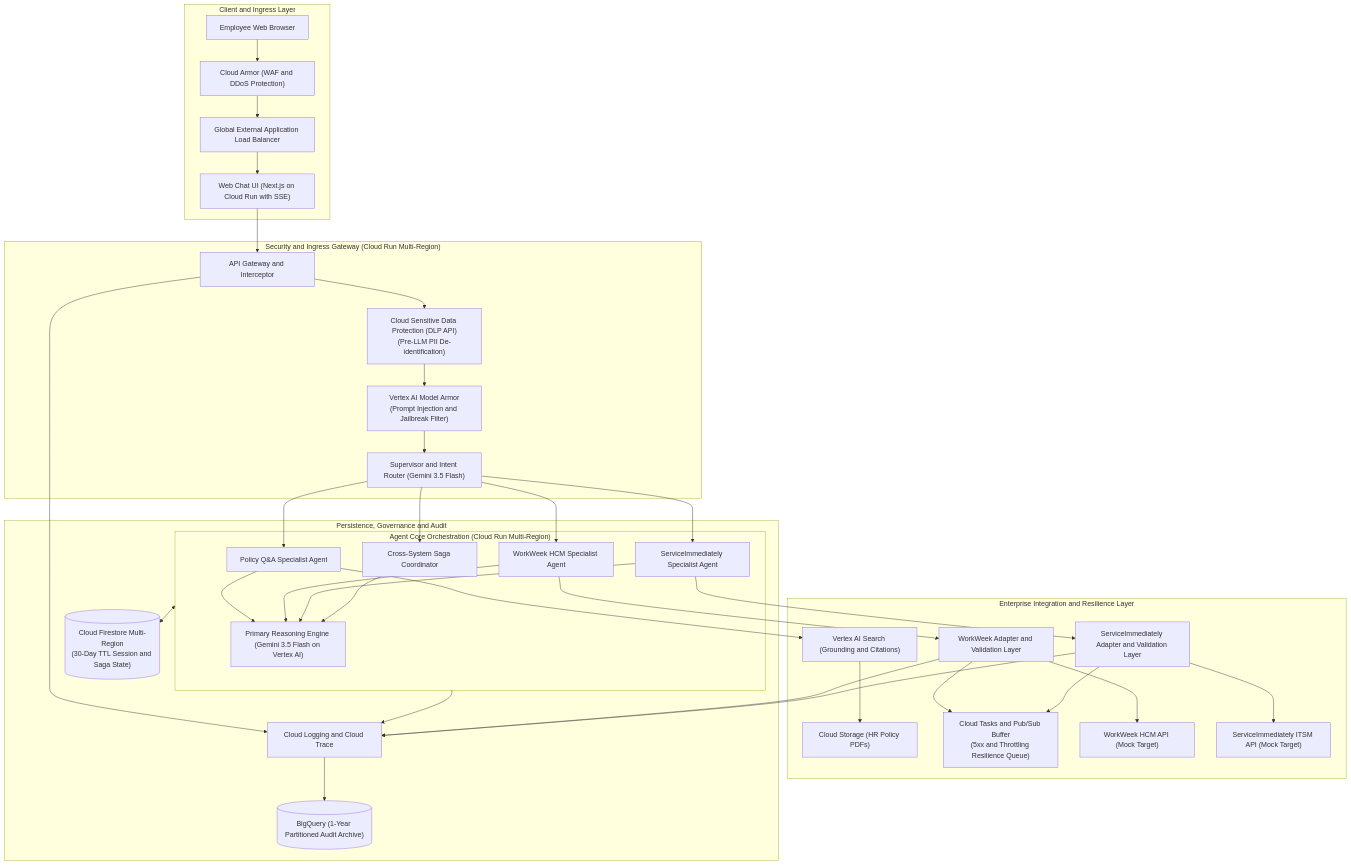
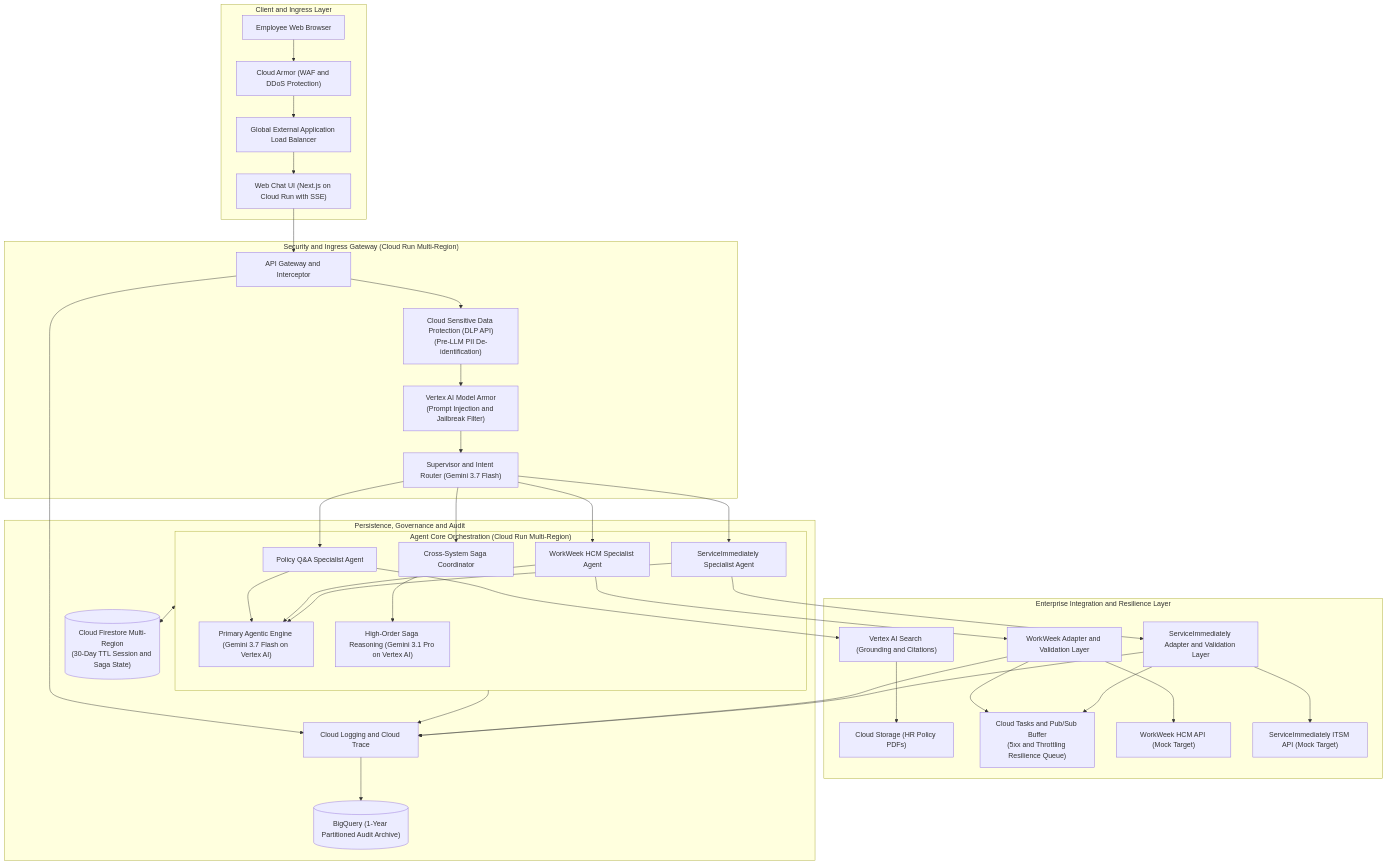
One commit to randyh0329/PRJ-ELEVATE-C1-G5 changed the second of 12 diagrams in Enterprise Agentic Solution Design Document - MVP 1.md. Above: the diagram before and after it, drawn with Mermaid. The commit also changed other lines of this file, not shown here.

Commit message:
update latest model

````diff
--- a/Enterprise Agentic Solution Design Document - MVP 1.md
+++ b/Enterprise Agentic Solution Design Document - MVP 1.md
@@ -86,47 +87,47 @@
 ```mermaid
 flowchart TB
     subgraph ClientAndIngress["Client and Ingress Layer"]
         UserBrowser["Employee Web Browser"] --> CloudArmor["Cloud Armor (WAF and DDoS Protection)"]
         CloudArmor --> GlobalLB["Global External Application Load Balancer"]
         GlobalLB --> ChatUI["Web Chat UI (Next.js on Cloud Run with SSE)"]
     end
 
     subgraph SecurityGateway["Security and Ingress Gateway (Cloud Run Multi-Region)"]
         ChatUI --> APIGateway["API Gateway and Interceptor"]
         APIGateway --> DLP["Cloud Sensitive Data Protection (DLP API)<br>(Pre-LLM PII De-identification)"]
         DLP --> ModelArmor["Vertex AI Model Armor<br>(Prompt Injection and Jailbreak Filter)"]
-        ModelArmor --> Router["Supervisor and Intent Router (Gemini 3.5 Flash)"]
+        ModelArmor --> Router["Supervisor and Intent Router (Gemini 3.7 Flash)"]
     end
 
     subgraph AgentCore["Agent Core Orchestration (Cloud Run Multi-Region)"]
         Router --> PolicyAgent["Policy Q&A Specialist Agent"]
         Router --> HCMAgent["WorkWeek HCM Specialist Agent"]
         Router --> ITSMAgent["ServiceImmediately Specialist Agent"]
         Router --> SagaCoordinator["Cross-System Saga Coordinator"]
         
-        PolicyAgent --> LLMReasoning["Primary Reasoning Engine (Gemini 3.5 Flash on Vertex AI)"]
+        PolicyAgent --> LLMReasoning["Primary Agentic Engine (Gemini 3.7 Flash on Vertex AI)"]
         HCMAgent --> LLMReasoning
         ITSMAgent --> LLMReasoning
-        SagaCoordinator --> LLMReasoning
+        SagaCoordinator --> SagaReasoning["High-Order Saga Reasoning (Gemini 3.1 Pro on Vertex AI)"]
     end
 
     subgraph IntegrationAndResilience["Enterprise Integration and Resilience Layer"]
         PolicyAgent --> VAISearch["Vertex AI Search (Grounding and Citations)"]
         VAISearch --> GCS["Cloud Storage (HR Policy PDFs)"]
         
         HCMAgent --> WWAdapter["WorkWeek Adapter and Validation Layer"]
         ITSMAgent --> SIAdapter["ServiceImmediately Adapter and Validation Layer"]
         
         WWAdapter --> CloudTasks["Cloud Tasks and Pub/Sub Buffer<br>(5xx and Throttling Resilience Queue)"]
         SIAdapter --> CloudTasks
         
         WWAdapter --> MockWW["WorkWeek HCM API (Mock Target)"]
         SIAdapter --> MockSI["ServiceImmediately ITSM API (Mock Target)"]
     end
 
     subgraph PersistenceAndGovernance["Persistence, Governance and Audit"]
         AgentCore <--> Firestore[("Cloud Firestore Multi-Region<br>(30-Day TTL Session and Saga State)")]
         APIGateway & AgentCore & WWAdapter & SIAdapter --> Logging["Cloud Logging and Cloud Trace"]
         Logging --> BigQuery[("BigQuery (1-Year Partitioned Audit Archive)")]
     end
 ```
````
